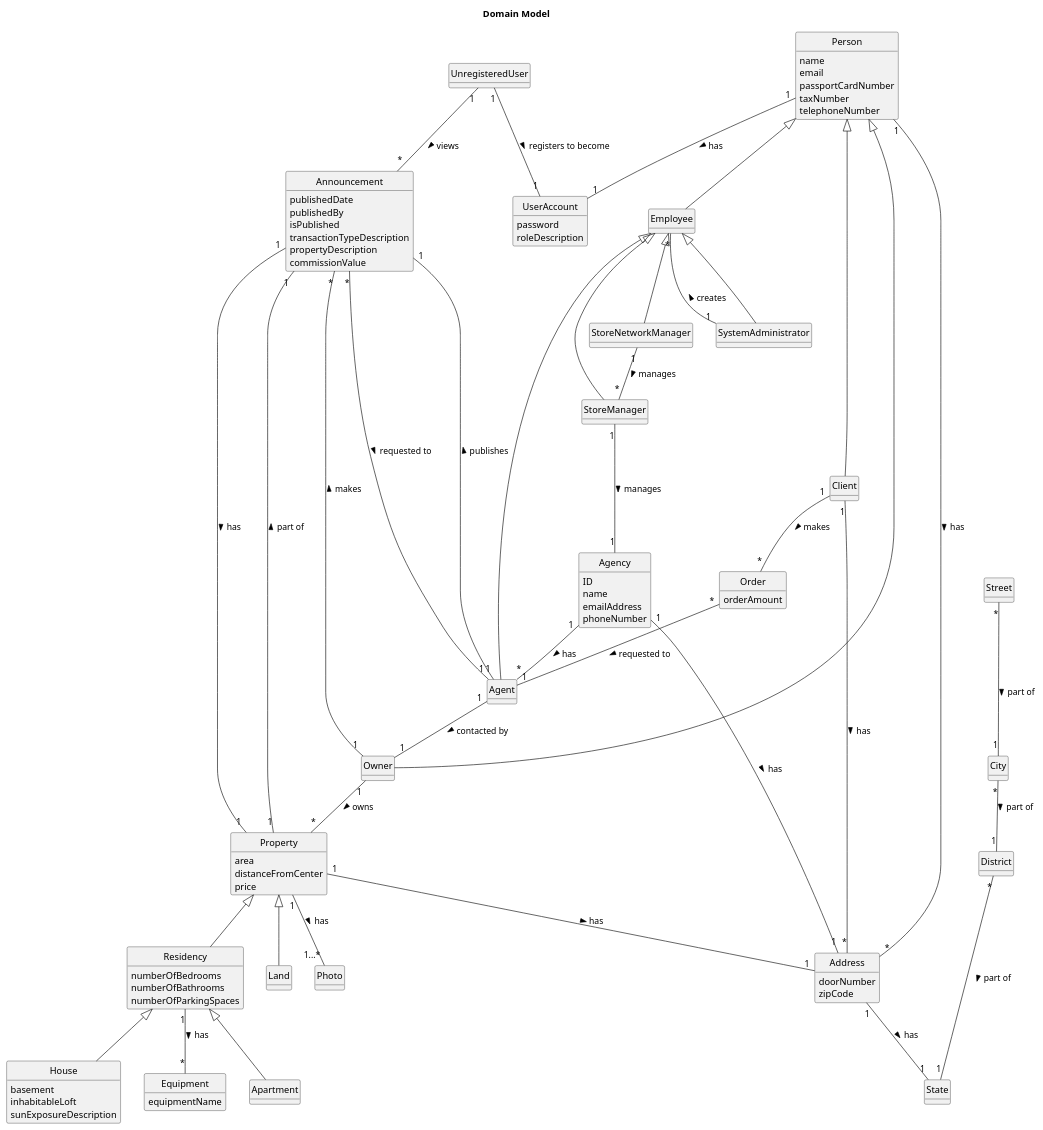
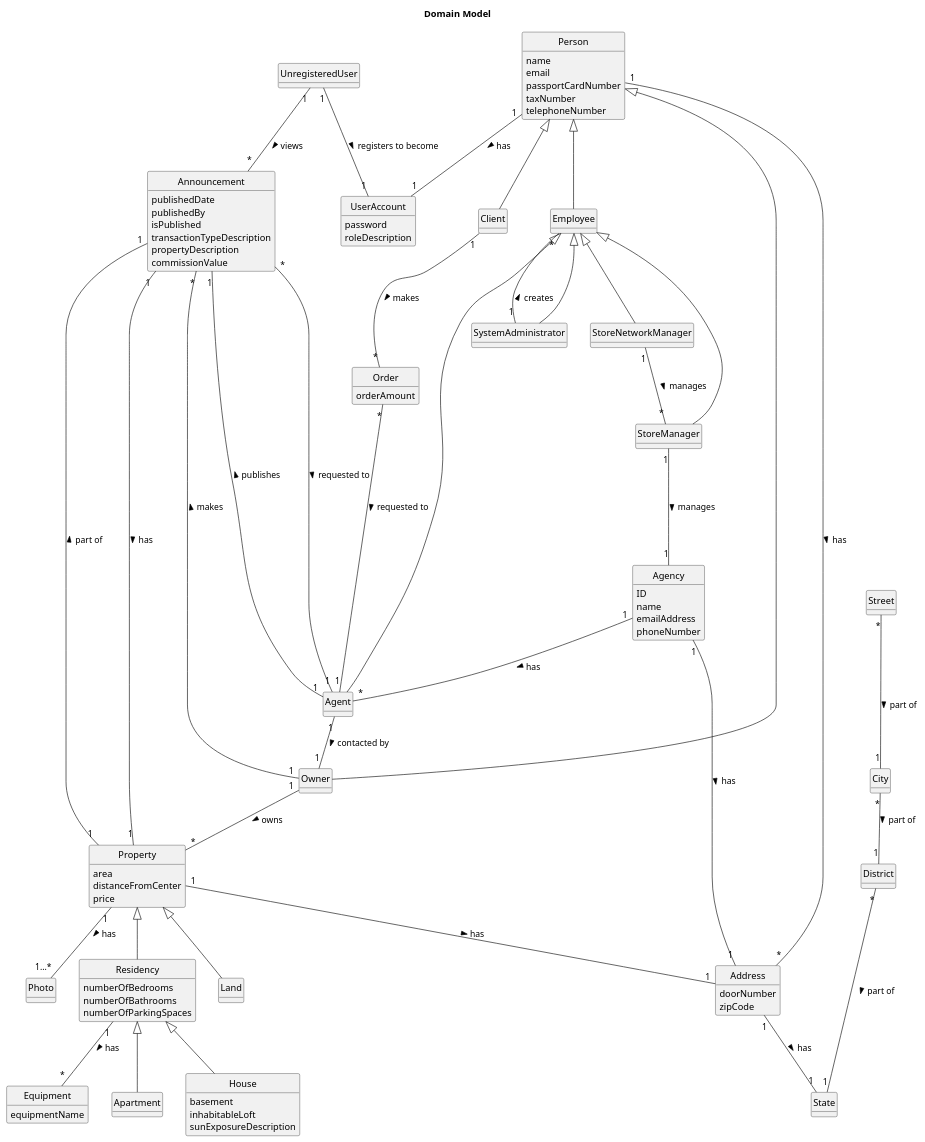
Before and after one commit to Goncalves2525/real-estate-management-system: the diagram in docs/sprintC/global-artifacts/02.analysis/puml/project-domain-model.puml, drawn with PlantUML. The commit also changed 39 other files, not shown here.

```diff
--- a/docs/sprintC/global-artifacts/02.analysis/puml/project-domain-model.puml
+++ b/docs/sprintC/global-artifacts/02.analysis/puml/project-domain-model.puml
@@ -1,158 +1,157 @@
 @startuml
 skinparam monochrome true
 skinparam packageStyle rectangle
 skinparam shadowing false
 skinparam classAttributeIconSize 0
 'skinparam linetype ortho
 hide circle
 hide methods
 
 title Domain Model
 
 class Client extends Person{
 }
 
 class Owner extends Person {
 }
 
 class Employee extends Person{
 }
 
 class Agent extends Employee{
 }
 
 class Order{
     orderAmount
 }
 
 class UserAccount {
     password
     roleDescription
 }
 
 class Person{
     name
     email
     passportCardNumber
     taxNumber
     telephoneNumber
 }
 
 class Agency{
     ID
     name
     emailAddress
     phoneNumber
 }
 
 class Property{
     area
     distanceFromCenter
     price
 }
 
 class Photo {
 }
 
 class Address{
     doorNumber
     zipCode
 }
 
 
 class City{
 }
 
 class District{
 }
 
 class State{
 }
 
 class Street{
 }
 
 class Apartment extends Residency{
 }
 
 class House extends Residency{
     basement
     inhabitableLoft
     sunExposureDescription
 
 }
 
 class Residency extends Property{
     numberOfBedrooms
     numberOfBathrooms
     numberOfParkingSpaces
 
 }
 
 class Announcement{
     publishedDate
     publishedBy
     isPublished
     transactionTypeDescription
     propertyDescription
     commissionValue
 }
 
 
 
 
 class Land extends Property{
 }
 
 class Equipment{
     equipmentName
 }
 
 
 
 class SystemAdministrator extends Employee{
 }
 
 class StoreManager extends Employee{
 }
 
 class StoreNetworkManager extends Employee{
 }
 
 
 
 class UnregisteredUser{
 }
 
 'class Request{
 '}
 
 UnregisteredUser "1" -- "1" UserAccount : registers to become >
 Agent "1" -- "1" Announcement: publishes >
 StoreNetworkManager "1" -- "*" StoreManager: manages >
 Agency "1" -- "*" Agent: has >
 SystemAdministrator "1" -- "*" Employee: creates >
 
 Agent "1" -- "1" Owner : contacted by >
 Owner "1" -- "*" Property: owns >
 Owner "1" -- "*" Announcement: makes >
 Announcement "*" -- "1" Agent: requested to >
 Announcement "1" - "1" Property: has >
 Address "1" -- "1" State : has >
 City "*" -- "1" District : part of >
 District "*" --- "1" State : part of >
-Client "1" -- "*" Address: has >
 Property "1" -- "1...*" Photo: has >
 Residency "1" -- "*" Equipment: has >
 Announcement "1" -- "1" Property: part of <
 Person "1" -- "*" Address: has >
 Property "1" -- "1" Address: has >
 StoreManager "1" --- "1" Agency: manages >
 Agency "1" -- "1" Address: has >
 UnregisteredUser "1" -- "*" Announcement: views >
 Client "1" -- "*" Order : makes >
 Order "*" -- "1" Agent : requested to >
 Street "*" --- "1" City : part of >
 Person "1" -- "1" UserAccount: has >
 
 @enduml
```
